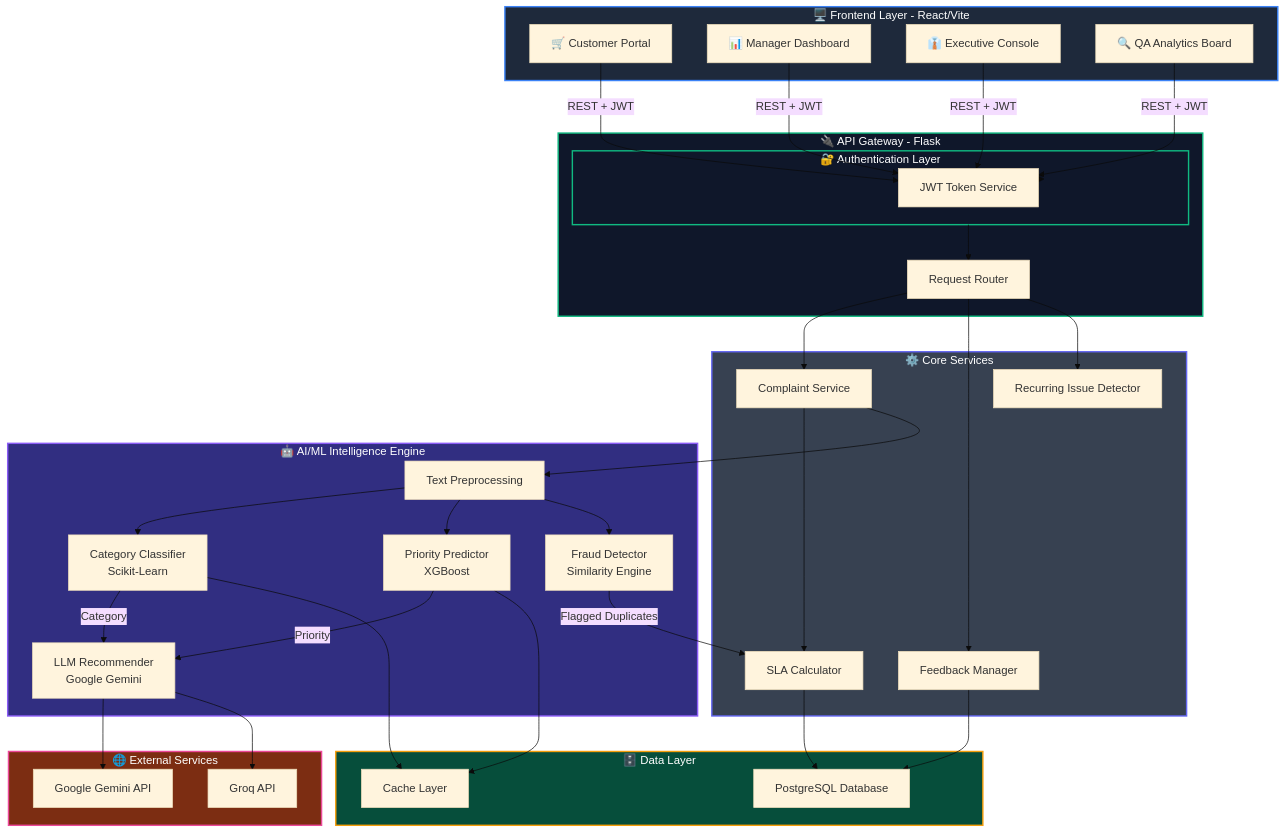
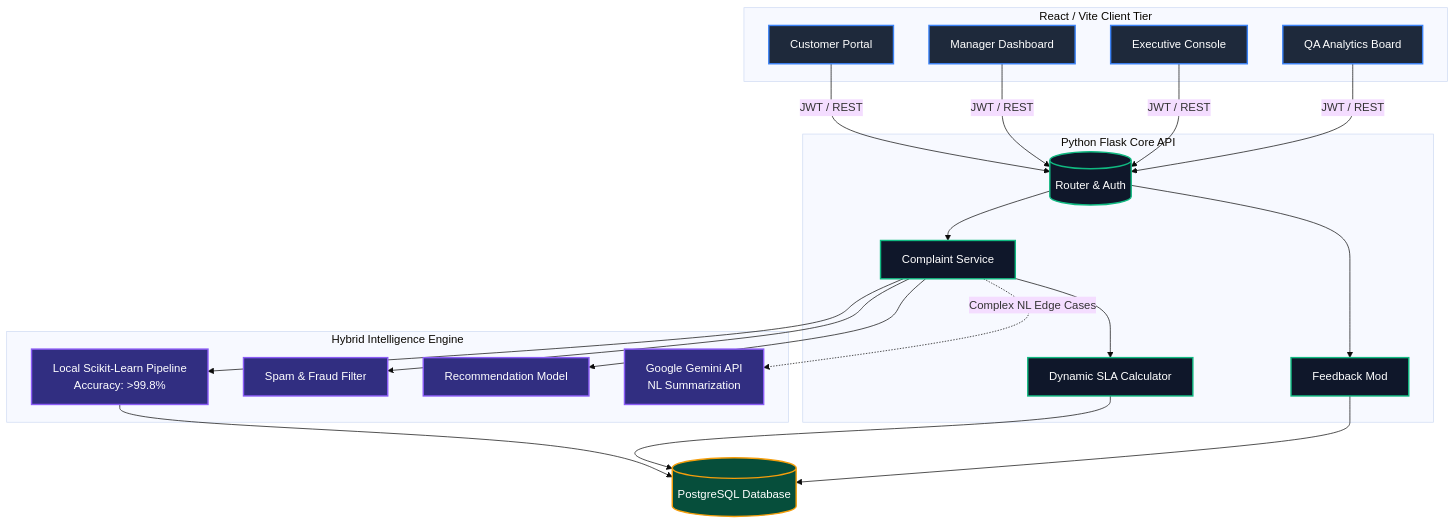
The first of 3 diagrams in README.md (HetLimbani-learnerboy/ResolveX), drawn with Mermaid (base theme) before and after one commit. The commit also changed other lines of this file and 24 other files, not shown here.

````diff
--- a/README.md
+++ b/README.md
@@ -72,82 +70,54 @@
 ```mermaid
 graph TD
-    subgraph Client["🖥️ Frontend Layer - React/Vite"]
-        CP["🛒 Customer Portal"]
-        MD["📊 Manager Dashboard"]
-        EC["👔 Executive Console"]
-        QA["🔍 QA Analytics Board"]
+    %% Define Styles
+    classDef client fill:#1e293b,stroke:#3b82f6,stroke-width:2px,color:#fff;
+    classDef backend fill:#0f172a,stroke:#10b981,stroke-width:2px,color:#fff;
+    classDef ai fill:#312e81,stroke:#8b5cf6,stroke-width:2px,color:#fff;
+    classDef db fill:#064e3b,stroke:#f59e0b,stroke-width:2px,color:#fff;
+
+    %% Frontend Tier
+    subgraph Frontend [React / Vite Client Tier]
+        C[Customer Portal]:::client
+        M[Manager Dashboard]:::client
+        E[Executive Console]:::client
+        Q[QA Analytics Board]:::client
     end
 
-    subgraph Auth["🔐 Authentication Layer"]
-        JWT["JWT Token Service"]
+    %% Backend Tier
+    subgraph CoreBackend [Python Flask Core API]
+        R[(Router & Auth)]:::backend
+        Comp[Complaint Service]:::backend
+        SLA[Dynamic SLA Calculator]:::backend
+        QA[Feedback Mod]:::backend
     end
 
-    subgraph API["🔌 API Gateway - Flask"]
-        Router["Request Router"]
-        Auth["Auth Service"]
+    %% AI Pipeline
+    subgraph AIEngine [Hybrid Intelligence Engine]
+        ML[Local Scikit-Learn Pipeline<br>Accuracy: >99.8%]:::ai
+        Fraud[Spam & Fraud Filter]:::ai
+        Rec[Recommendation Model]:::ai
+        LLM[Google Gemini API<br>NL Summarization]:::ai
     end
 
-    subgraph Services["⚙️ Core Services"]
-        Complaint["Complaint Service"]
-        SLA["SLA Calculator"]
-        Feedback["Feedback Manager"]
-        Recurring["Recurring Issue Detector"]
-    end
+    %% Database
+    DB[(PostgreSQL Database)]:::db
 
-    subgraph MLPipeline["🤖 AI/ML Intelligence Engine"]
-        Preprocessing["Text Preprocessing"]
-        Classification["Category Classifier<br/>Scikit-Learn"]
-        PriorityPred["Priority Predictor<br/>XGBoost"]
-        Fraud["Fraud Detector<br/>Similarity Engine"]
-        Recommender["LLM Recommender<br/>Google Gemini"]
-    end
+    %% Connections
+    C -->|JWT / REST| R
+    M -->|JWT / REST| R
+    E -->|JWT / REST| R
+    Q -->|JWT / REST| R
 
-    subgraph Database["🗄️ Data Layer"]
-        PostgreSQL["PostgreSQL Database"]
-        Cache["Cache Layer"]
-    end
-
-    subgraph External["🌐 External Services"]
-        Gemini["Google Gemini API"]
-        Groq["Groq API"]
-    end
-
-    CP -->|REST + JWT| JWT
-    MD -->|REST + JWT| JWT
-    EC -->|REST + JWT| JWT
-    QA -->|REST + JWT| JWT
-
-    JWT --> Auth
-    Auth --> Router
-
-    Router --> Complaint
-    Router --> Feedback
-    Router --> Recurring
-
-    Complaint --> SLA
-    Complaint --> Preprocessing
-
-    Preprocessing --> Classification
-    Preprocessing --> PriorityPred
-    Preprocessing --> Fraud
-
-    Classification -->|Category| Recommender
-    PriorityPred -->|Priority| Recommender
-    Fraud -->|Flagged Duplicates| SLA
-
-    Recommender --> Gemini
-    Recommender --> Groq
-
-    SLA --> PostgreSQL
-    Classification --> Cache
-    PriorityPred --> Cache
-    Feedback --> PostgreSQL
-
-    style Client fill:#1e293b,stroke:#3b82f6,stroke-width:2px,color:#fff
-    style Auth fill:#0f172a,stroke:#10b981,stroke-width:2px,color:#fff
-    style API fill:#0f172a,stroke:#10b981,stroke-width:2px,color:#fff
-    style Services fill:#374151,stroke:#6366f1,stroke-width:2px,color:#fff
-    style MLPipeline fill:#312e81,stroke:#8b5cf6,stroke-width:2px,color:#fff
-    style Database fill:#064e3b,stroke:#f59e0b,stroke-width:2px,color:#fff
-    style External fill:#7c2d12,stroke:#ec4899,stroke-width:2px,color:#fff
+    R --> Comp
+    R --> QA
+    
+    Comp --> SLA
+    Comp --> ML
+    Comp --> Fraud
+    Comp --> Rec
+    Comp -.->|Complex NL Edge Cases| LLM
+    
+    SLA --> DB
+    ML --> DB
+    QA --> DB
 ```
````
